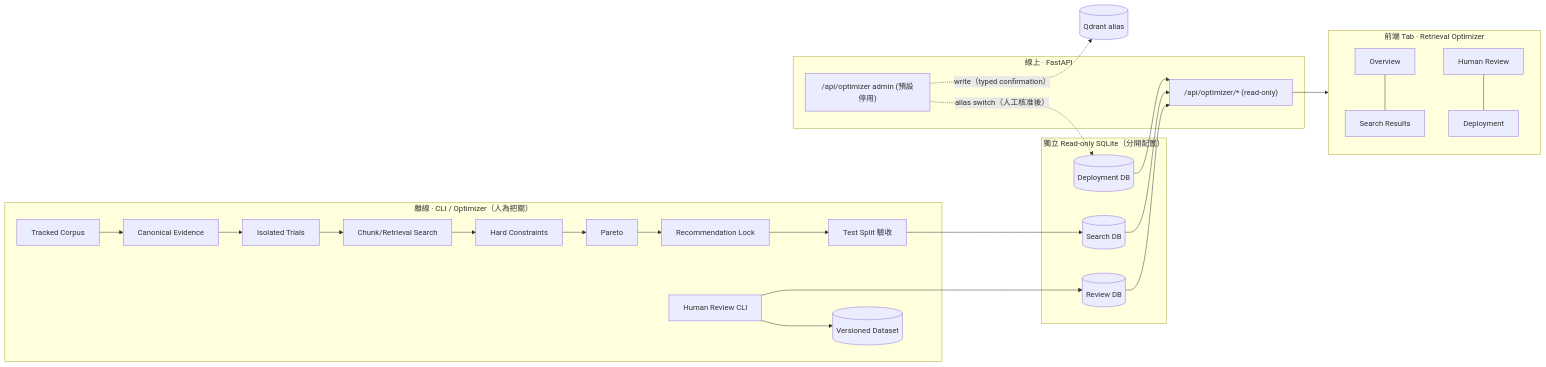
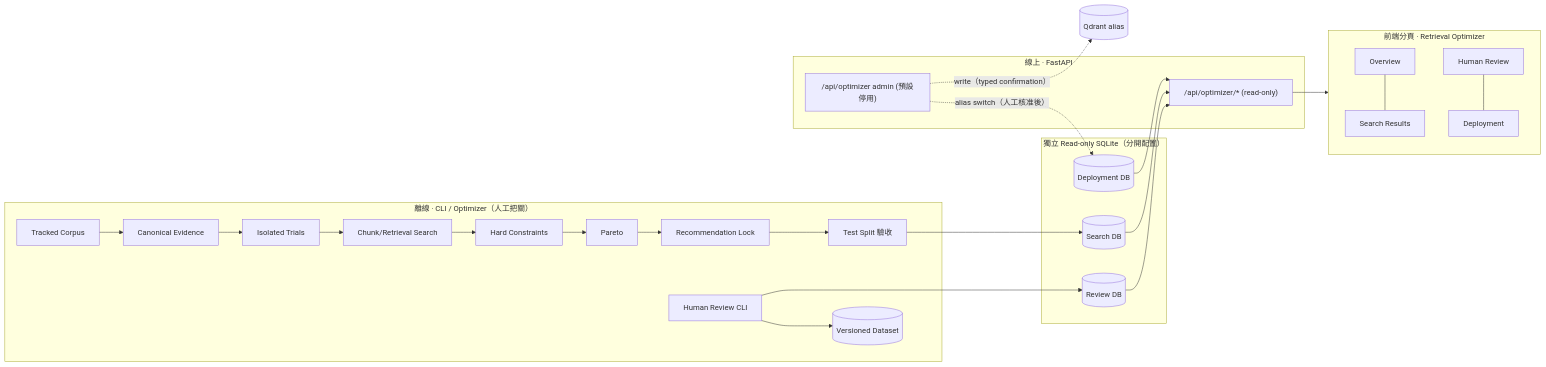
One commit to lcmami/rag-knowledge-assistant changed the first of 2 diagrams in README.md. Above: the diagram before and after it, drawn with Mermaid. The commit also changed other lines of this file, not shown here.

````diff
--- a/README.md
+++ b/README.md
@@ -132,33 +60,33 @@
 ```mermaid
 flowchart LR
-    subgraph Offline[離線 · CLI / Optimizer（人為把關）]
+    subgraph Offline[離線 · CLI / Optimizer（人工把關）]
         CORPUS[Tracked Corpus] --> CANON[Canonical Evidence]
         CANON --> TRIALS[Isolated Trials]
         TRIALS --> SEARCH[Chunk/Retrieval Search]
         SEARCH --> CONS[Hard Constraints] --> PARETO[Pareto] --> LOCK[Recommendation Lock]
         LOCK --> TEST[Test Split 驗收]
         REVIEW[Human Review CLI] --> DATASET[(Versioned Dataset)]
     end
 
     subgraph DBs[獨立 Read-only SQLite（分開配置）]
         SDB[(Search DB)]
         RDB[(Review DB)]
         DDB[(Deployment DB)]
     end
 
     subgraph Online[線上 · FastAPI]
         ROAPI["/api/optimizer/* (read-only)"]
         ADMIN["/api/optimizer admin (預設停用)"]
     end
 
-    subgraph UI[前端 Tab · Retrieval Optimizer]
+    subgraph UI[前端分頁 · Retrieval Optimizer]
         OV[Overview] --- SR[Search Results]
         HR[Human Review] --- DEP[Deployment]
     end
 
     TEST --> SDB
     REVIEW --> RDB
     ADMIN -. alias switch（人工核准後）.-> DDB
     SDB & RDB & DDB --> ROAPI --> UI
     ADMIN -. write（typed confirmation）.-> QDRANT[(Qdrant alias)]
 ```
````
